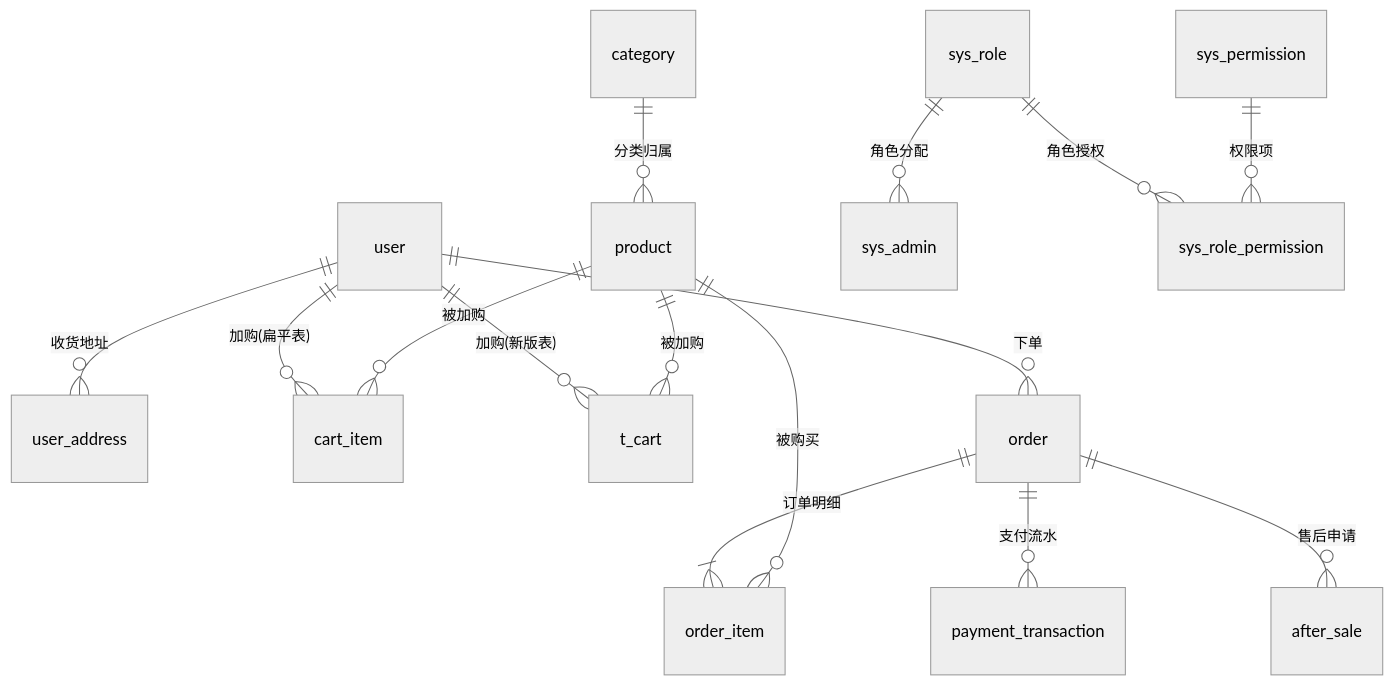
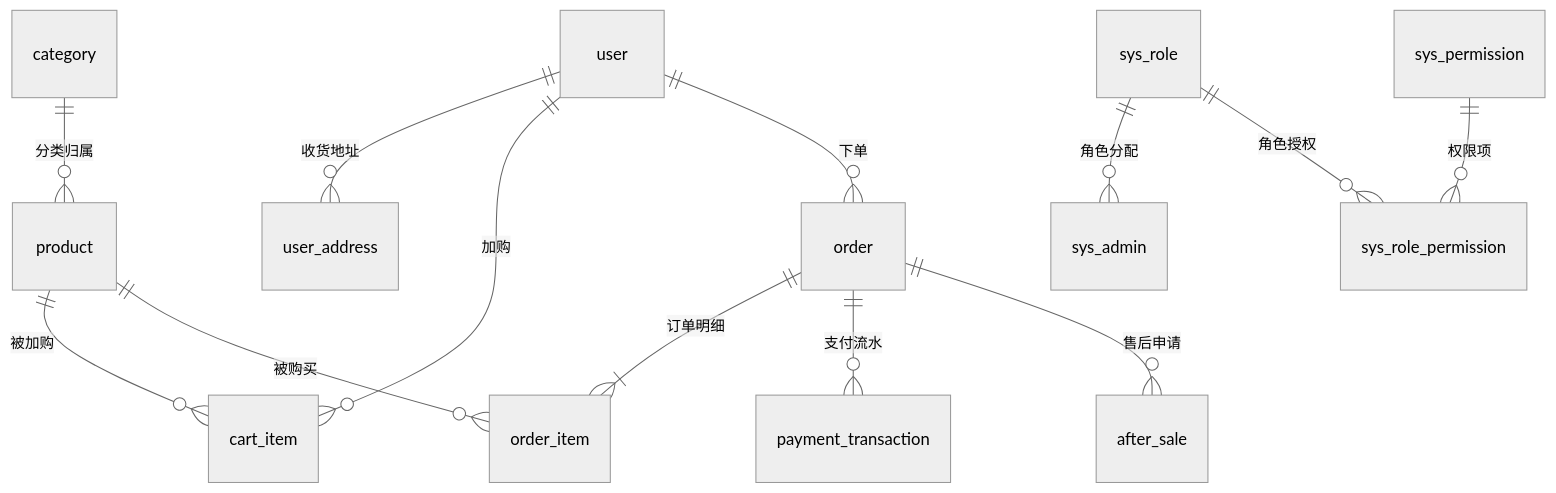
Before and after one commit to hac88406-gif/lithium-chain-mall: the diagram in README.md, drawn with Mermaid (neutral theme). The commit also changed other lines of this file and 12 other files, not shown here.

````diff
--- a/README.md
+++ b/README.md
@@ -350,17 +350,15 @@
 ```mermaid
 erDiagram
     user ||--o{ user_address : "收货地址"
-    user ||--o{ cart_item : "加购(扁平表)"
-    user ||--o{ t_cart : "加购(新版表)"
+    user ||--o{ cart_item : "加购"
     user ||--o{ order : "下单"
     category ||--o{ product : "分类归属"
     product ||--o{ cart_item : "被加购"
-    product ||--o{ t_cart : "被加购"
     order ||--|{ order_item : "订单明细"
     product ||--o{ order_item : "被购买"
     order ||--o{ payment_transaction : "支付流水"
     order ||--o{ after_sale : "售后申请"
     sys_role ||--o{ sys_admin : "角色分配"
     sys_role ||--o{ sys_role_permission : "角色授权"
     sys_permission ||--o{ sys_role_permission : "权限项"
 ```
````
